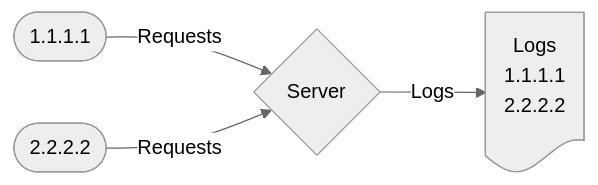
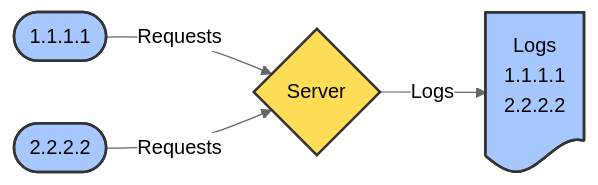
One commit to dinhngocdung/easyengine-notes changed the first of 4 diagrams in content/notes/cloudflare.md. Above: the diagram before and after it, drawn with Mermaid (neutral theme). The commit also changed other lines of this file and 1 other file, not shown here.

Commit message:
update cloudflare graph

````diff
--- a/content/notes/cloudflare.md
+++ b/content/notes/cloudflare.md
@@ -42,6 +42,11 @@
 ```mermaid
 graph LR
   A1([1.1.1.1]) -->|Requests| S1{Server}
   A2([2.2.2.2]) -->|Requests| S1
   S1 -->|Logs| L1@{ shape: doc, label: "Logs\n1.1.1.1\n2.2.2.2" }
+
+  style A1 fill:#A6C8FF,stroke:#333,stroke-width:2px,color:#000  
+  style A2 fill:#A6C8FF,stroke:#333,stroke-width:2px,color:#000  
+  style S1 fill:#FFDD57,stroke:#333,stroke-width:2px,color:#000  
+  style L1 fill:#A6C8FF,stroke:#333,stroke-width:2px,color:#000  
 ```
````
